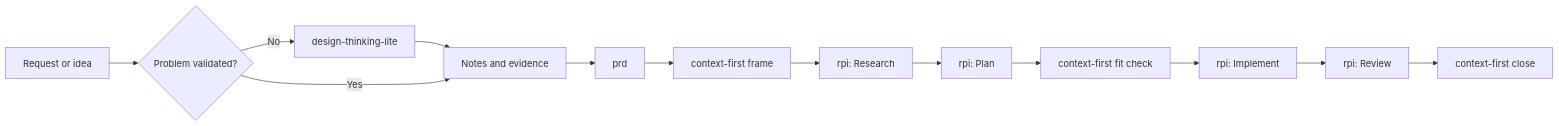
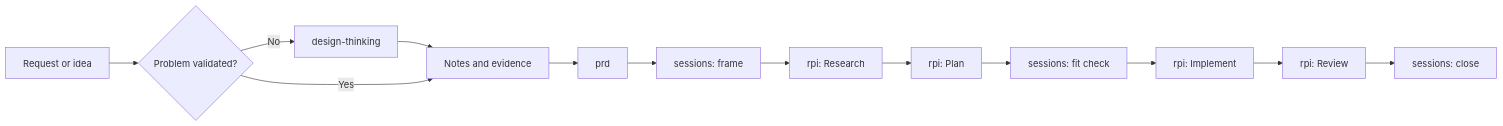
Before and after one commit to bartr/skills: the diagram in docs/design.md, drawn with Mermaid. The commit also changed other lines of this file and 4 other files, not shown here.

````diff
--- a/docs/design.md
+++ b/docs/design.md
@@ -30,15 +32,15 @@
 ```mermaid
 flowchart LR
     A[Request or idea] --> B{Problem validated?}
-    B -- No --> C[design-thinking-lite]
+    B -- No --> C[design-thinking]
     C --> D[Notes and evidence]
     B -- Yes --> D
     D --> E[prd]
-    E --> F[context-first frame]
+    E --> F[sessions: frame]
     F --> G[rpi: Research]
     G --> H[rpi: Plan]
-    H --> I[context-first fit check]
+    H --> I[sessions: fit check]
     I --> J[rpi: Implement]
     J --> K[rpi: Review]
-    K --> L[context-first close]
+    K --> L[sessions: close]
 ```
````
